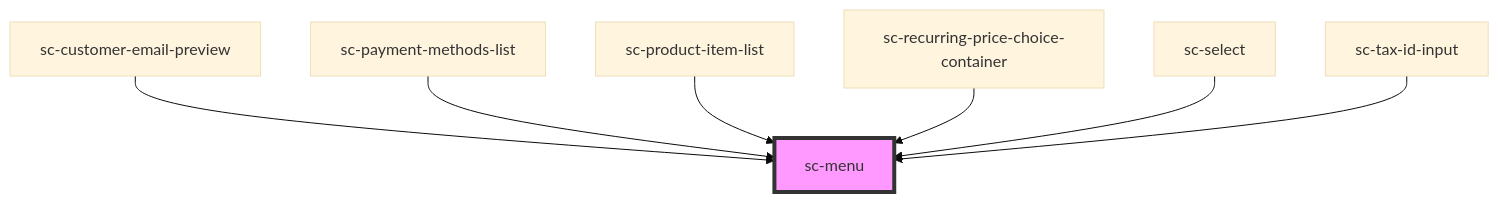
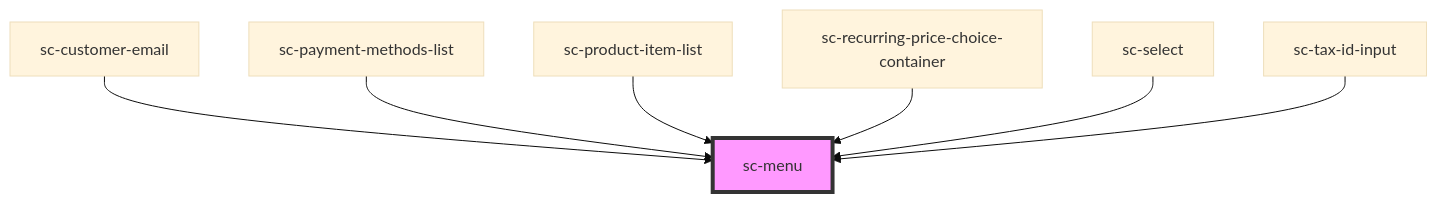
The diagram in packages/components/src/components/ui/menu/readme.md (surecart/surecart-wp-plugin), drawn with Mermaid (base theme) before and after one commit. The commit also changed other lines of this file and 17 other files, not shown here.

````diff
--- a/packages/components/src/components/ui/menu/readme.md
+++ b/packages/components/src/components/ui/menu/readme.md
@@ -39,10 +39,10 @@
 ```mermaid
 graph TD;
-  sc-customer-email-preview --> sc-menu
+  sc-customer-email --> sc-menu
   sc-payment-methods-list --> sc-menu
   sc-product-item-list --> sc-menu
   sc-recurring-price-choice-container --> sc-menu
   sc-select --> sc-menu
   sc-tax-id-input --> sc-menu
   style sc-menu fill:#f9f,stroke:#333,stroke-width:4px
 ```
````
